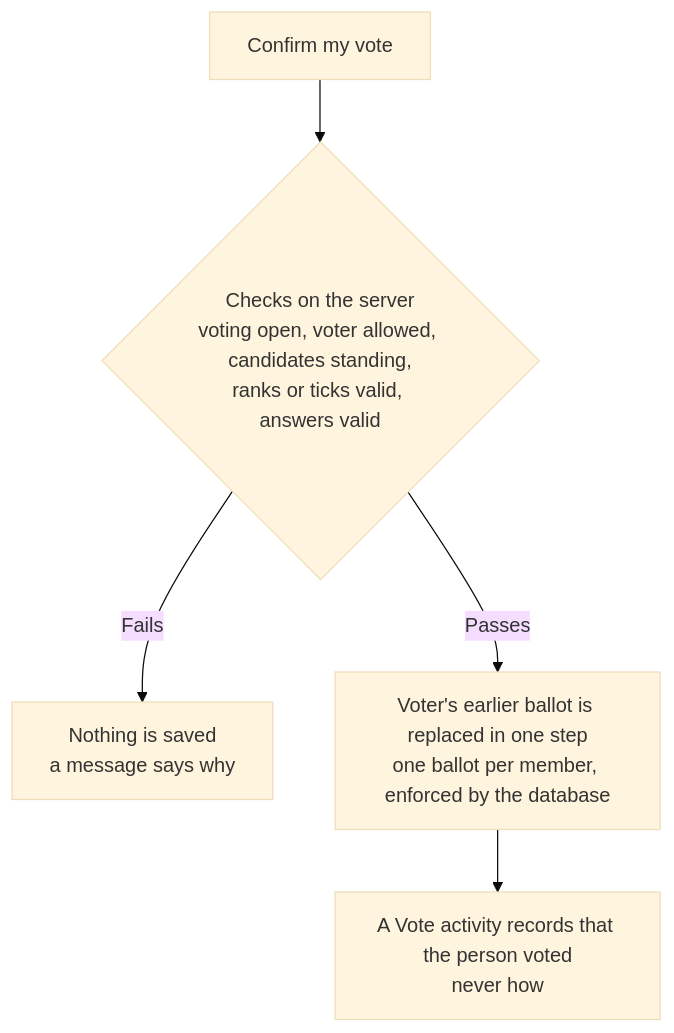
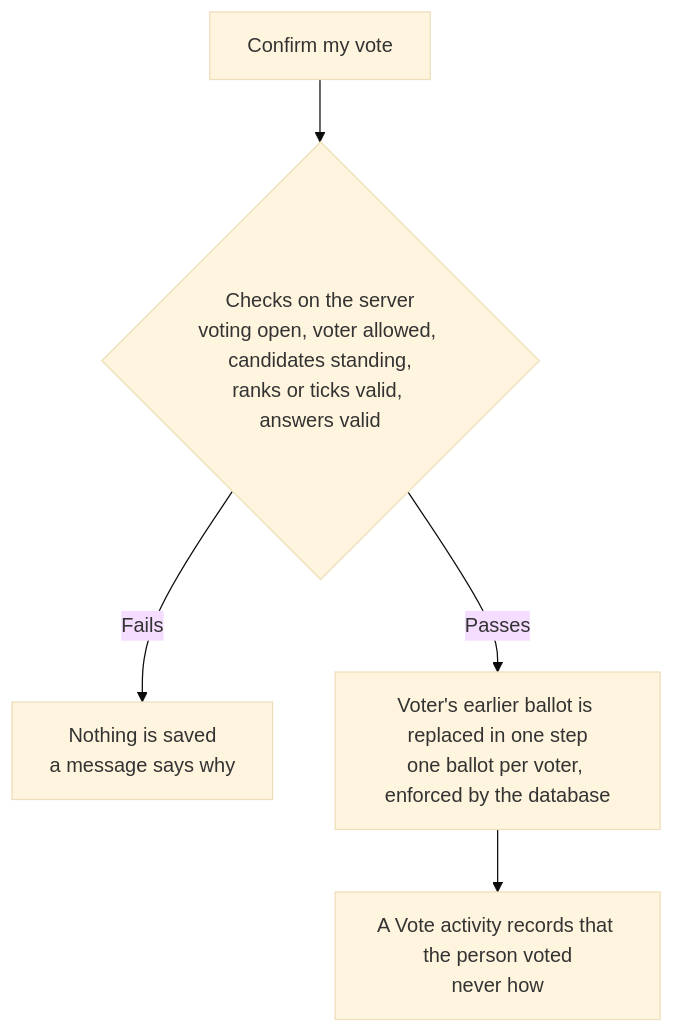
One commit to agileware/au.com.agileware.elections changed the sixth of 8 diagrams in docs/workflows.md. Above: the diagram before and after it, drawn with Mermaid (base theme). The commit also changed other lines of this file and 21 other files, not shown here.

````diff
--- a/docs/workflows.md
+++ b/docs/workflows.md
@@ -102,7 +102,7 @@
 ```mermaid
 flowchart TD
     S1["Confirm my vote"] --> S2{"Checks on the server<br/>voting open, voter allowed, candidates standing,<br/>ranks or ticks valid, answers valid"}
     S2 -->|Fails| S2x["Nothing is saved<br/>a message says why"]
-    S2 -->|Passes| S3["Voter's earlier ballot is replaced in one step<br/>one ballot per member, enforced by the database"]
+    S2 -->|Passes| S3["Voter's earlier ballot is replaced in one step<br/>one ballot per voter, enforced by the database"]
     S3 --> S4["A Vote activity records that the person voted<br/>never how"]
 ```
````
